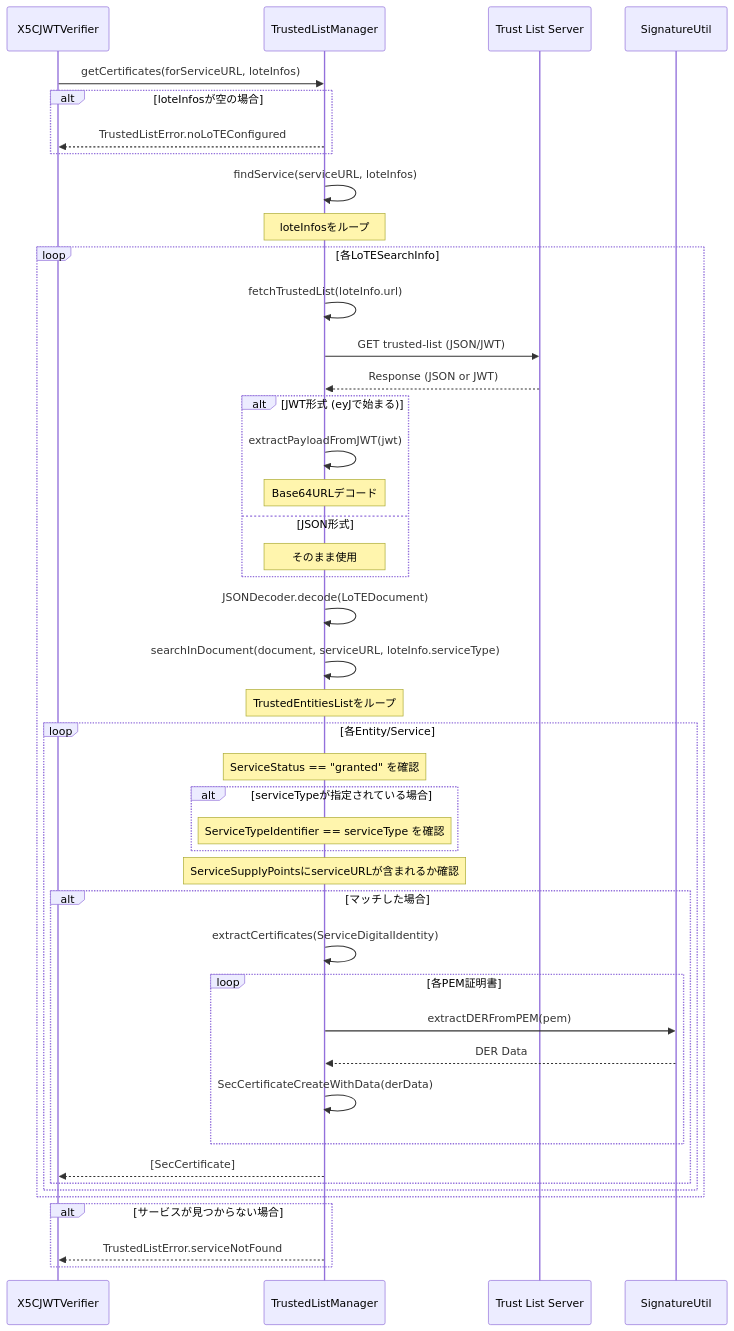
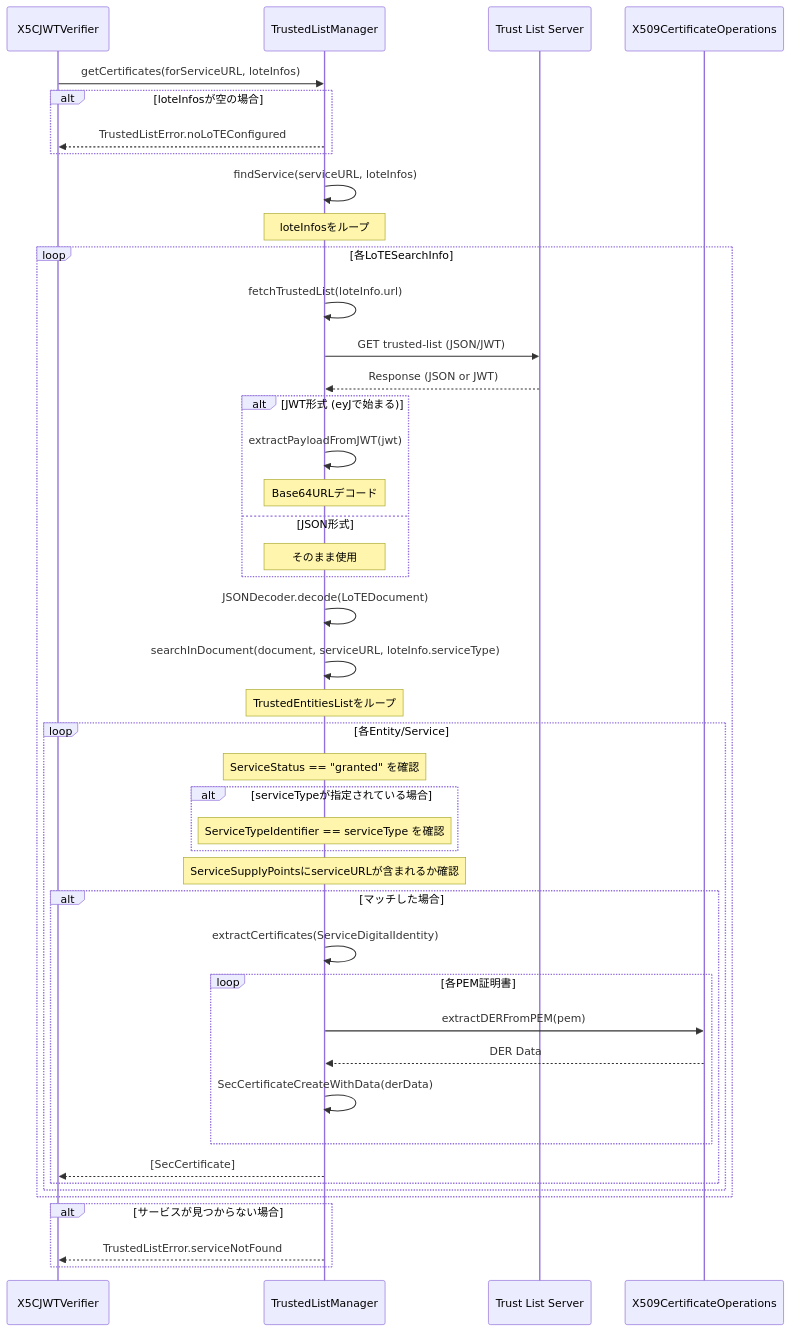
One commit to ryosuke-wakaba/OWND-Wallet-iOS changed the third of 4 diagrams in docs/features/credential-issuance/metadata-verification.md. Above: the diagram before and after it, drawn with Mermaid. The commit also changed other lines of this file and 7 other files, not shown here.

````diff
--- a/docs/features/credential-issuance/metadata-verification.md
+++ b/docs/features/credential-issuance/metadata-verification.md
@@ -211,60 +211,60 @@
 ```mermaid
 sequenceDiagram
     participant Caller as X5CJWTVerifier
     participant TLM as TrustedListManager
     participant TL as Trust List Server
-    participant SIG as SignatureUtil
+    participant SIG as X509CertificateOperations
 
     Caller->>TLM: getCertificates(forServiceURL, loteInfos)
 
     alt loteInfosが空の場合
         TLM-->>Caller: TrustedListError.noLoTEConfigured
     end
 
     TLM->>TLM: findService(serviceURL, loteInfos)
 
     Note over TLM: loteInfosをループ
 
     loop 各LoTESearchInfo
         TLM->>TLM: fetchTrustedList(loteInfo.url)
         TLM->>TL: GET trusted-list (JSON/JWT)
         TL-->>TLM: Response (JSON or JWT)
 
         alt JWT形式 (eyJで始まる)
             TLM->>TLM: extractPayloadFromJWT(jwt)
             Note over TLM: Base64URLデコード
         else JSON形式
             Note over TLM: そのまま使用
         end
 
         TLM->>TLM: JSONDecoder.decode(LoTEDocument)
 
         TLM->>TLM: searchInDocument(document, serviceURL, loteInfo.serviceType)
 
         Note over TLM: TrustedEntitiesListをループ
 
         loop 各Entity/Service
             Note over TLM: ServiceStatus == "granted" を確認
             alt serviceTypeが指定されている場合
                 Note over TLM: ServiceTypeIdentifier == serviceType を確認
             end
             Note over TLM: ServiceSupplyPointsにserviceURLが含まれるか確認
 
             alt マッチした場合
                 TLM->>TLM: extractCertificates(ServiceDigitalIdentity)
 
                 loop 各PEM証明書
                     TLM->>SIG: extractDERFromPEM(pem)
                     SIG-->>TLM: DER Data
                     TLM->>TLM: SecCertificateCreateWithData(derData)
                 end
 
                 TLM-->>Caller: [SecCertificate]
             end
         end
     end
 
     alt サービスが見つからない場合
         TLM-->>Caller: TrustedListError.serviceNotFound
     end
 ```
````
